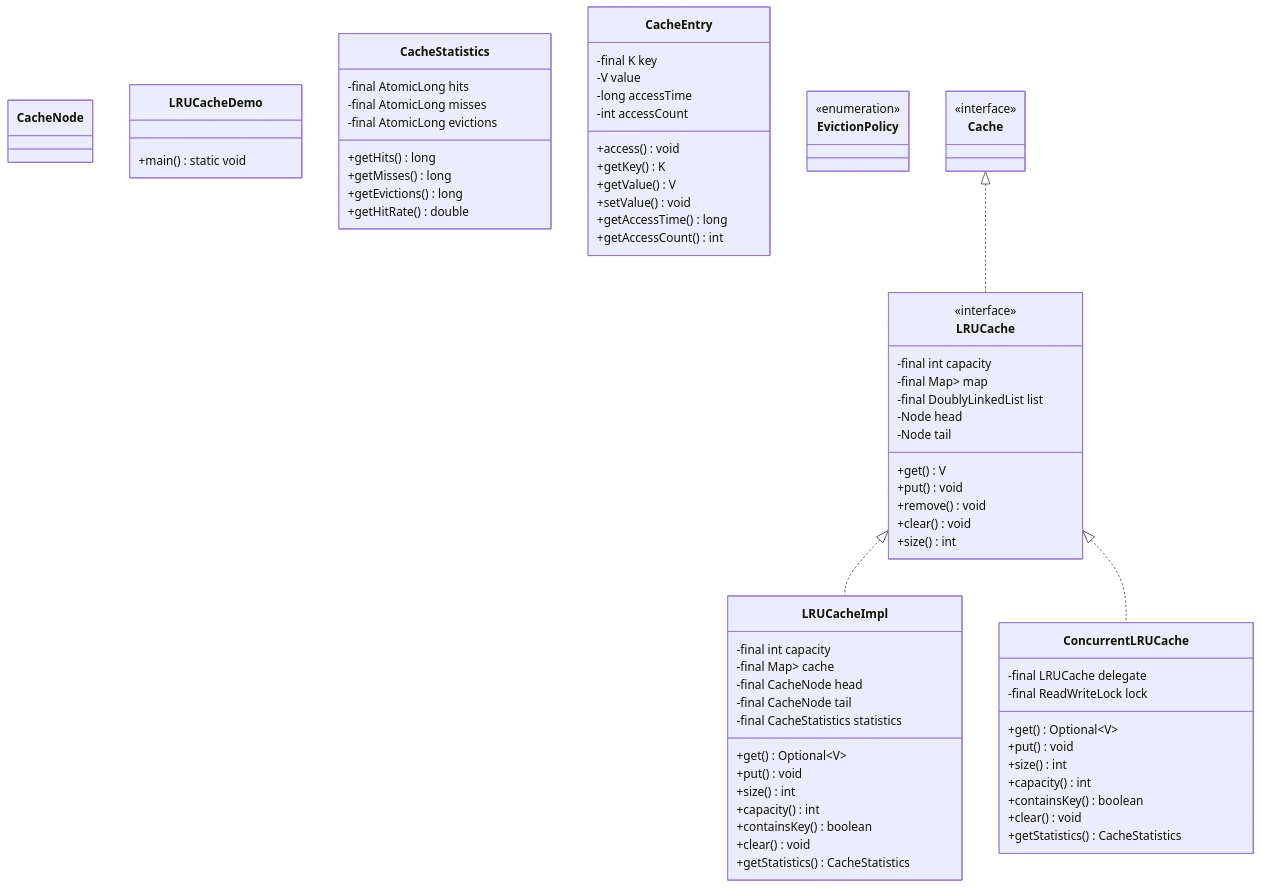
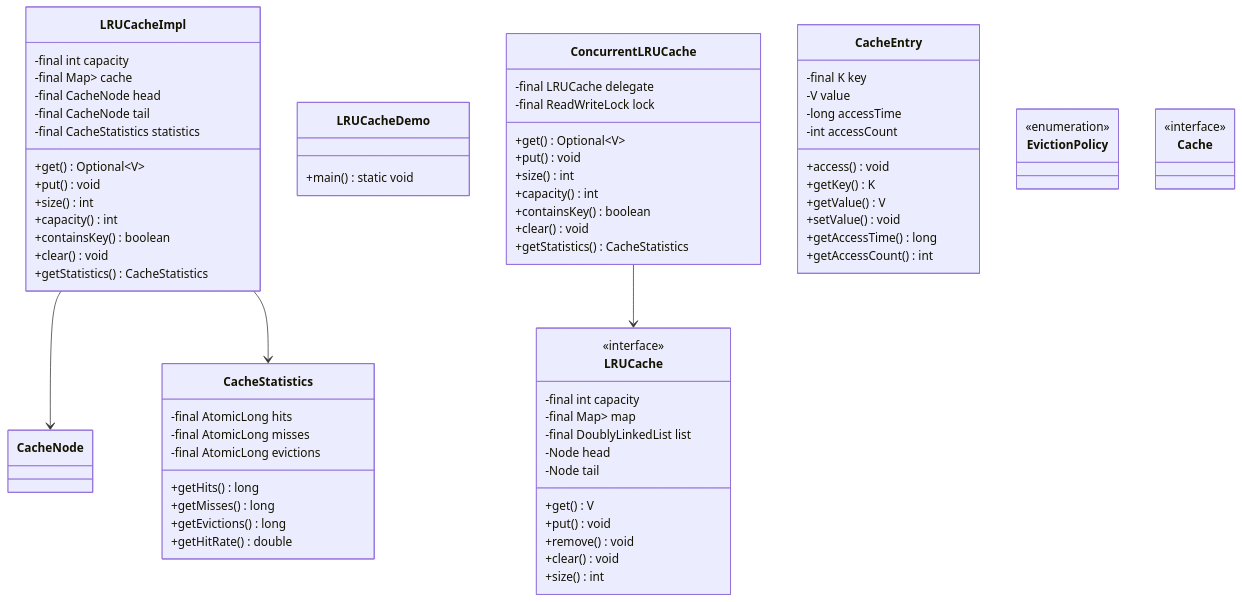
One commit to dlkr18/lld-playbook changed the diagram in docs/problems/lrucache/README.md. Above: the diagram before and after it, drawn with Mermaid. The commit also changed 119 other files, not shown here.

First line of the commit message:
feat: add comprehensive relationships to all class diagrams

````diff
--- a/docs/problems/lrucache/README.md
+++ b/docs/problems/lrucache/README.md
@@ -166,7 +166,7 @@
     class Cache
     <<interface>> Cache
 
-    LRUCache <|.. LRUCacheImpl
-    LRUCache <|.. ConcurrentLRUCache
-    Cache <|.. LRUCache
+    LRUCacheImpl --> CacheNode
+    LRUCacheImpl --> CacheStatistics
+    ConcurrentLRUCache --> LRUCache
 ```
````
